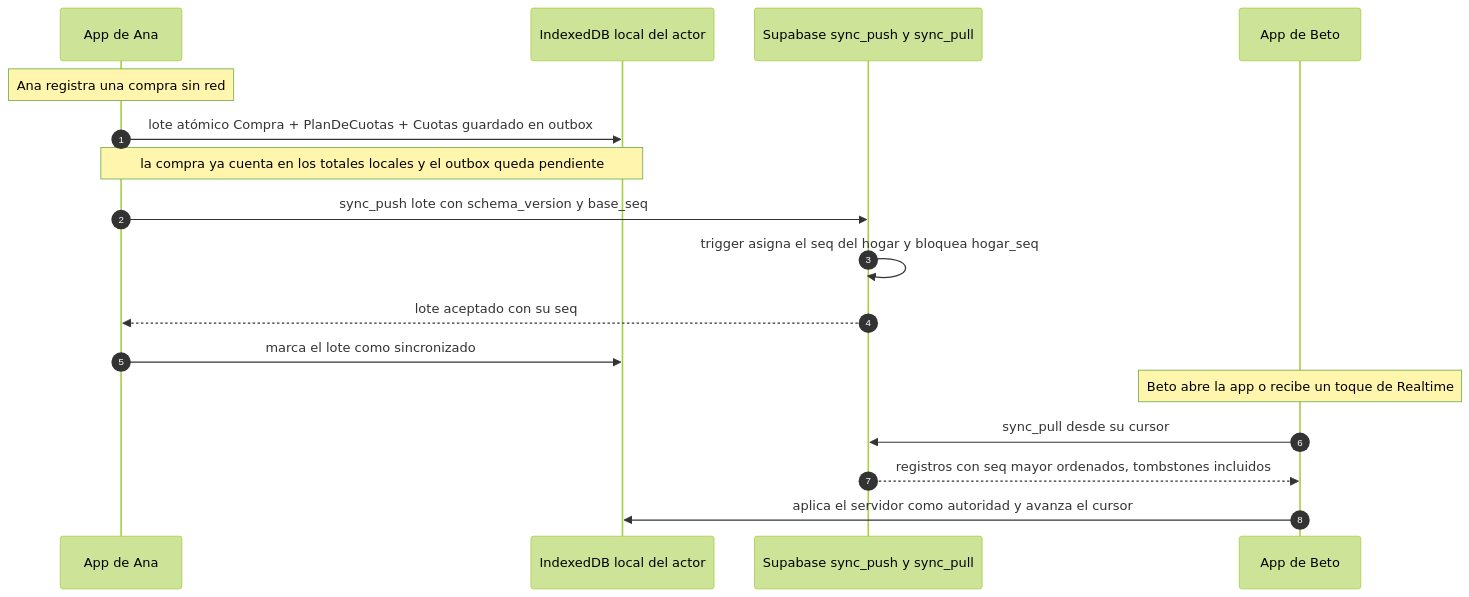
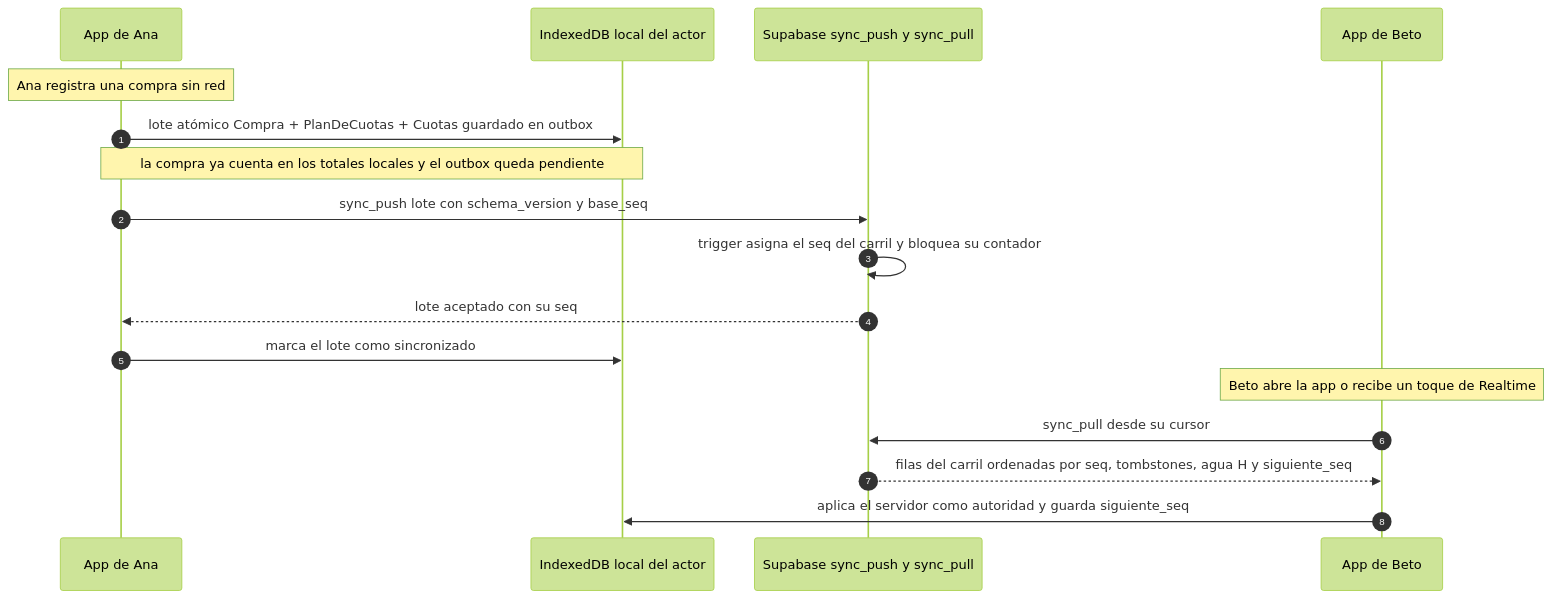
One commit to meperdev/hogar-app changed the second of 2 diagrams in docs/architecture.md. Above: the diagram before and after it, drawn with Mermaid (forest theme). The commit also changed other lines of this file and 12 other files, not shown here.

````diff
--- a/docs/architecture.md
+++ b/docs/architecture.md
@@ -238,19 +263,19 @@
 ```mermaid
 sequenceDiagram
     autonumber
     participant A as App de Ana
     participant DL as IndexedDB local del actor
     participant S as Supabase sync_push y sync_pull
     participant B as App de Beto
     Note over A: Ana registra una compra sin red
     A->>DL: lote atómico Compra + PlanDeCuotas + Cuotas guardado en outbox
     Note over A,DL: la compra ya cuenta en los totales locales y el outbox queda pendiente
     A->>S: sync_push lote con schema_version y base_seq
-    S->>S: trigger asigna el seq del hogar y bloquea hogar_seq
+    S->>S: trigger asigna el seq del carril y bloquea su contador
     S-->>A: lote aceptado con su seq
     A->>DL: marca el lote como sincronizado
     Note over B: Beto abre la app o recibe un toque de Realtime
     B->>S: sync_pull desde su cursor
-    S-->>B: registros con seq mayor ordenados, tombstones incluidos
-    B->>DL: aplica el servidor como autoridad y avanza el cursor
+    S-->>B: filas del carril ordenadas por seq, tombstones, agua H y siguiente_seq
+    B->>DL: aplica el servidor como autoridad y guarda siguiente_seq
 ```
````
